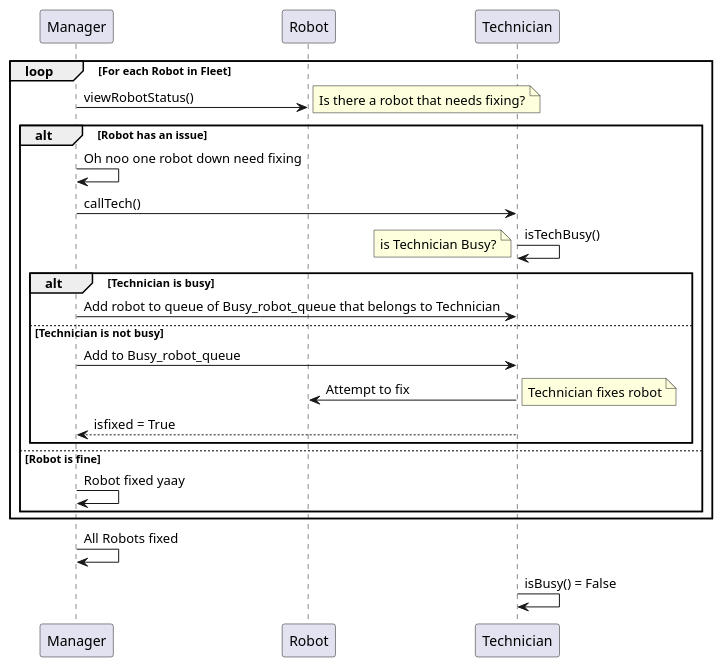
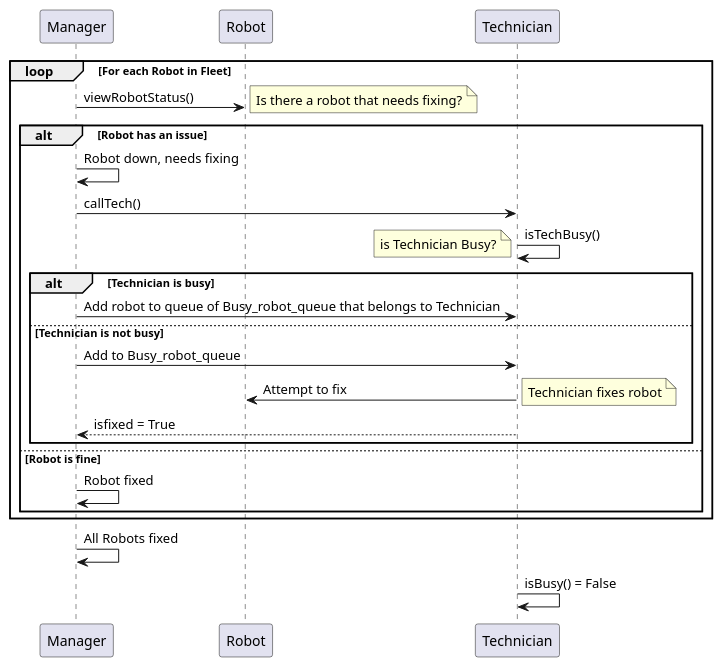
Before and after one commit to ur-cs-courses/course-project-catch-up: the diagram in docs/design/sequencediagram/SequenceDiagram1.puml, drawn with PlantUML. The commit also changed 4 other files, not shown here.

Commit message:
created pngs for sd 1 & 2 and updated the class diagram

```diff
--- a/docs/design/sequencediagram/SequenceDiagram1.puml
+++ b/docs/design/sequencediagram/SequenceDiagram1.puml
@@ -1,38 +1,38 @@
 @startuml
 
 participant Manager
 participant Robot
 participant Technician
 
 
 loop For each Robot in Fleet
     Manager -> Robot: viewRobotStatus()
     note right: Is there a robot that needs fixing?
 
     alt Robot has an issue
-        Manager -> Manager: Oh noo one robot down need fixing
+        Manager -> Manager: Robot down, needs fixing
         Manager -> Technician: callTech()
         Technician -> Technician: isTechBusy() 
         note left: is Technician Busy?
 
         alt Technician is busy
             Manager -> Technician: Add robot to queue of Busy_robot_queue that belongs to Technician
 
         else Technician is not busy
             Manager -> Technician: Add to Busy_robot_queue
             Technician -> Robot: Attempt to fix
             note right: Technician fixes robot 
             Technician --> Manager: isfixed = True 
         end
 
     else Robot is fine
-        Manager -> Manager: Robot fixed yaay
+        Manager -> Manager: Robot fixed
     end
 
   
 
 end
 Manager -> Manager : All Robots fixed 
 Technician -> Technician : isBusy() = False 
 
 @enduml
```
